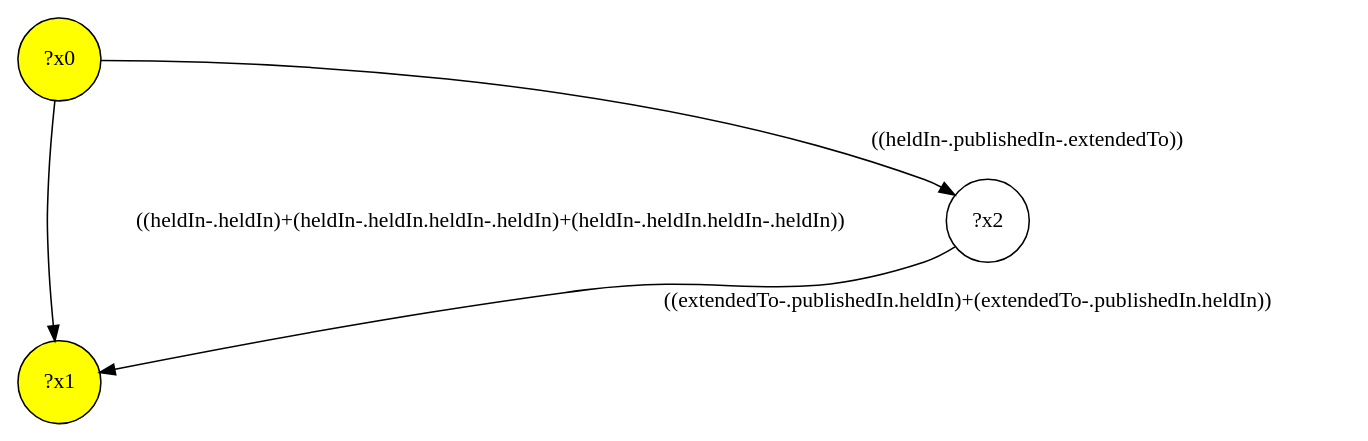
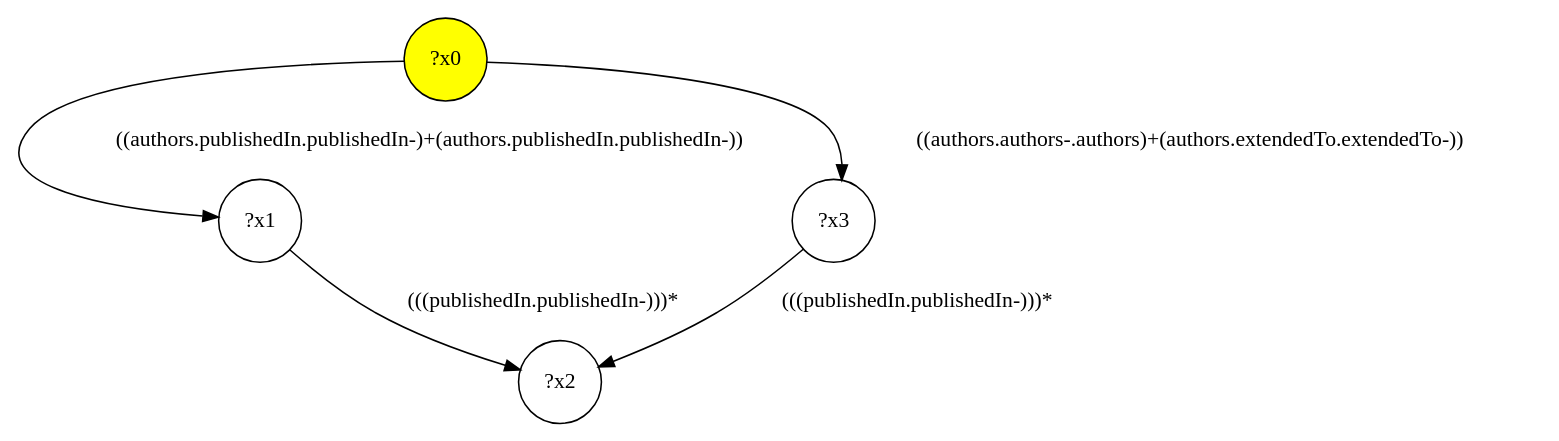
Before and after one commit to gbagan/gmark: the diagram in src/queryinterface/interface-queries/query-46.dot, drawn with Graphviz. The commit also changed 150 other files, not shown here.

```diff
--- a/src/queryinterface/interface-queries/query-46.dot
+++ b/src/queryinterface/interface-queries/query-46.dot
@@ -1,8 +1,10 @@
 digraph g {
 	x0 [fillcolor="yellow", style="filled," shape=circle, label="?x0"];
-	x1 [fillcolor="yellow", style="filled," shape=circle, label="?x1"];
-	x0 -> x1 [label="((heldIn-.heldIn)+(heldIn-.heldIn.heldIn-.heldIn)+(heldIn-.heldIn.heldIn-.heldIn))"];
+	x1 [shape=circle, label="?x1"];
+	x0 -> x1 [label="((authors.publishedIn.publishedIn-)+(authors.publishedIn.publishedIn-))"];
 	x2 [shape=circle, label="?x2"];
-	x0 -> x2 [label="((heldIn-.publishedIn-.extendedTo))"];
-	x2 -> x1 [label="((extendedTo-.publishedIn.heldIn)+(extendedTo-.publishedIn.heldIn))"];
+	x1 -> x2 [label="(((publishedIn.publishedIn-)))*"];
+	x3 [shape=circle, label="?x3"];
+	x0 -> x3 [label="((authors.authors-.authors)+(authors.extendedTo.extendedTo-))"];
+	x3 -> x2 [label="(((publishedIn.publishedIn-)))*"];
 }
```
